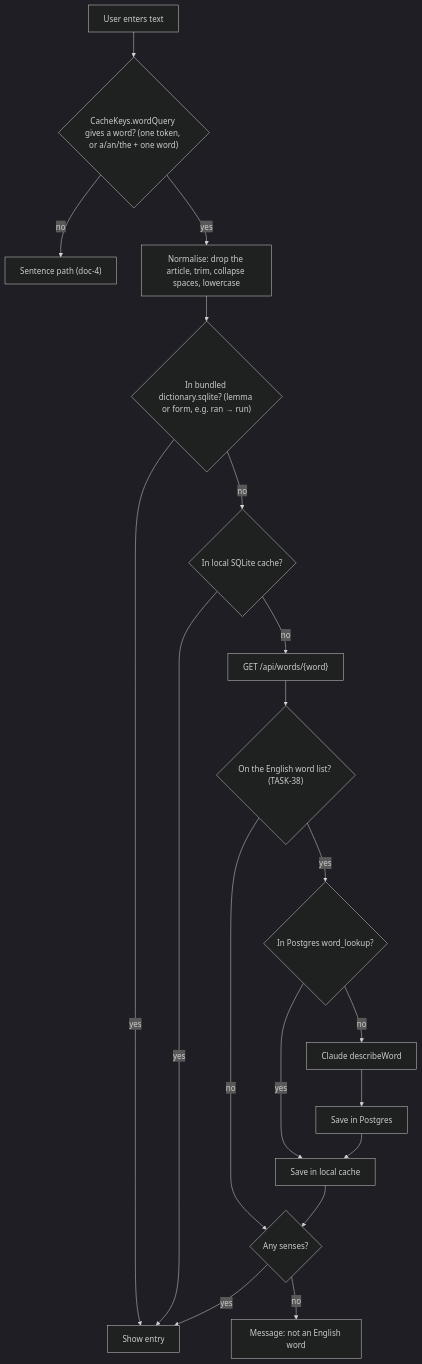
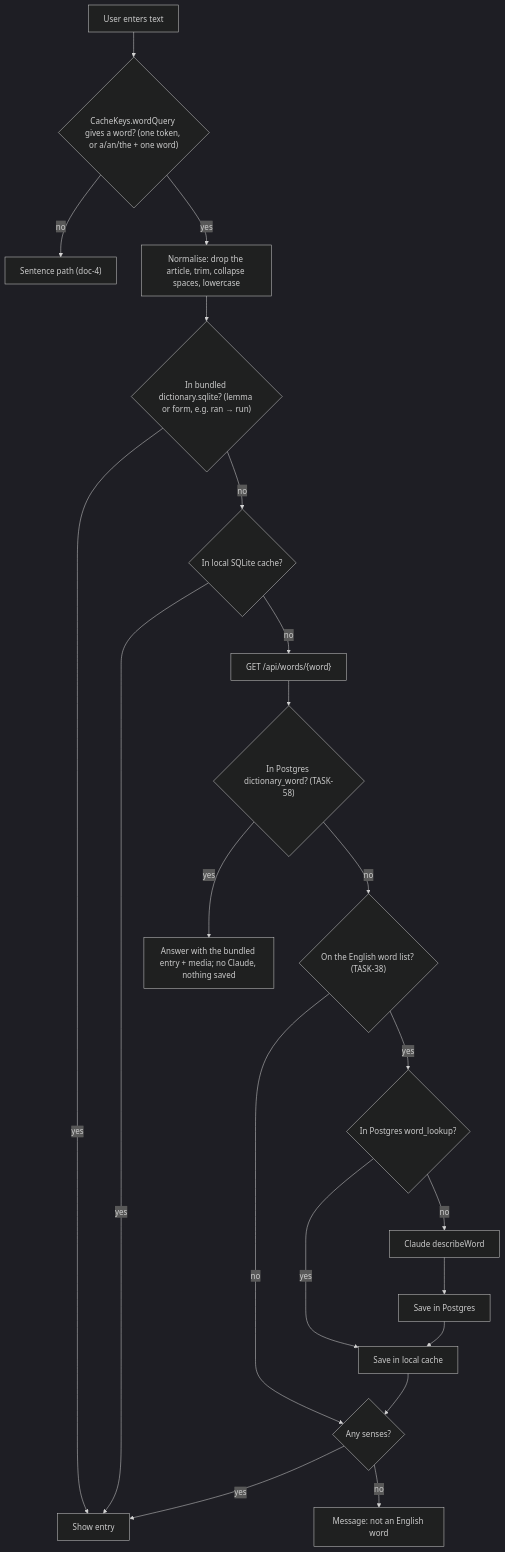
One commit to tranphuocloc070699/saynata changed the first of 5 diagrams in backlog/docs/features/doc-5 - Word-lookup.md. Above: the diagram before and after it, drawn with Mermaid (dark theme). The commit also changed other lines of this file and 25 other files, not shown here.

First line of the commit message:
TASK-57, TASK-58, TASK-59, TASK-60: admin word list fixes

````diff
--- a/backlog/docs/features/doc-5 - Word-lookup.md
+++ b/backlog/docs/features/doc-5 - Word-lookup.md
@@ -21,19 +21,21 @@
 ```mermaid
 flowchart TD
     A["User enters text"] --> T{"CacheKeys.wordQuery gives a word? (one token, or a/an/the + one word)"}
     T -- "no" --> SENT["Sentence path (doc-4)"]
     T -- yes --> N["Normalise: drop the article, trim, collapse spaces, lowercase"]
     N --> B{"In bundled dictionary.sqlite? (lemma or form, e.g. ran → run)"}
     B -- yes --> SHOW[Show entry]
     B -- no --> L{"In local SQLite cache?"}
     L -- yes --> SHOW
     L -- no --> API["GET /api/words/{word}"]
-    API --> WL{"On the English word list? (TASK-38)"}
+    API --> BW{"In Postgres dictionary_word? (TASK-58)"}
+    BW -- yes --> BUNDLED["Answer with the bundled entry + media; no Claude, nothing saved"]
+    BW -- no --> WL{"On the English word list? (TASK-38)"}
     WL -- no --> EMPTY
     WL -- yes --> PG{"In Postgres word_lookup?"}
     PG -- yes --> SAVE[Save in local cache]
     PG -- no --> CL[Claude describeWord] --> PGS[Save in Postgres] --> SAVE
     SAVE --> EMPTY{"Any senses?"}
     EMPTY -- yes --> SHOW
     EMPTY -- no --> NOTWORD["Message: not an English word"]
 ```
````
